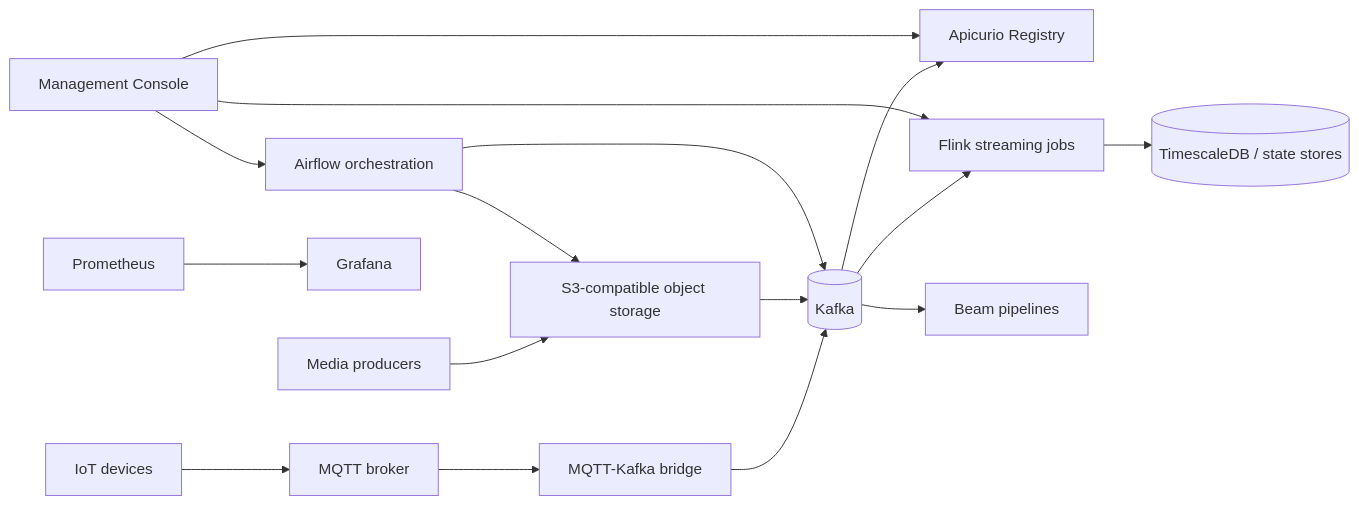
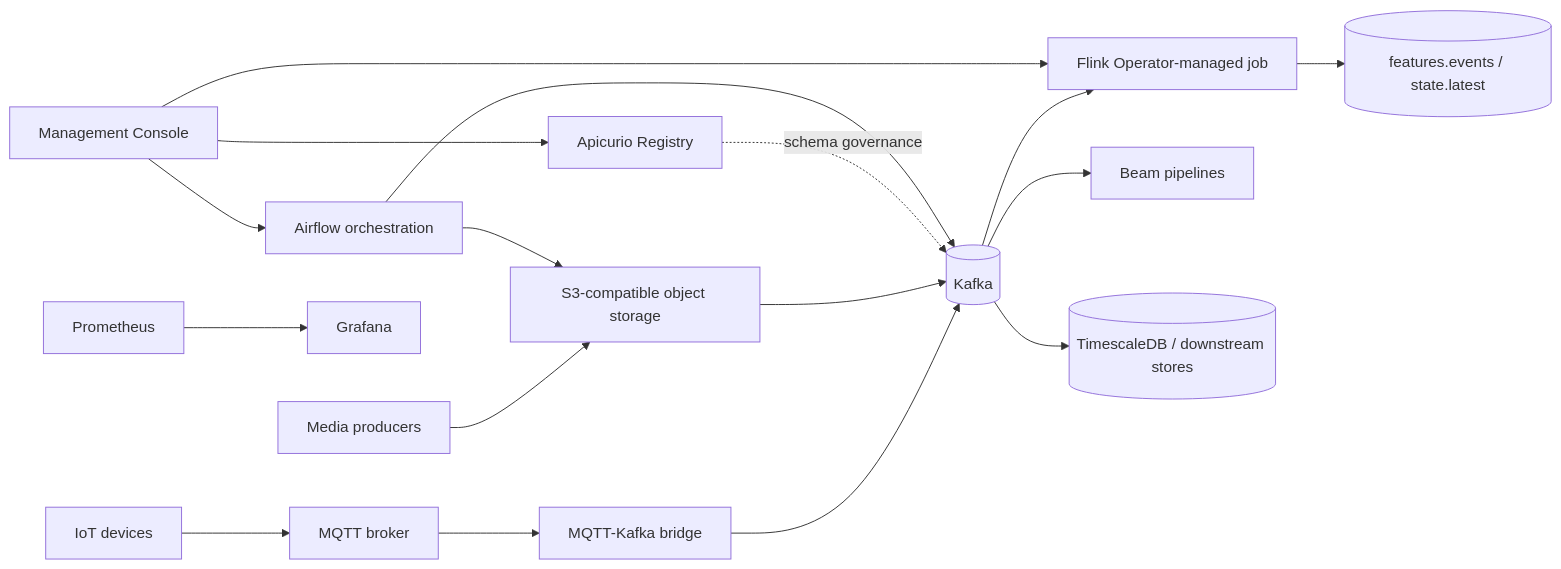
The diagram in README.md (Smartappli/DEALIoT), drawn with Mermaid before and after one commit. The commit also changed other lines of this file and 82 other files, not shown here.

````diff
--- a/README.md
+++ b/README.md
@@ -86,18 +86,19 @@
 ```mermaid
 flowchart LR
   Device[IoT devices] --> MQTT[MQTT broker]
   Media[Media producers] --> S3[S3-compatible object storage]
   MQTT --> Bridge[MQTT-Kafka bridge]
   Bridge --> Kafka[(Kafka)]
   S3 --> Kafka
-  Kafka --> Registry[Apicurio Registry]
-  Kafka --> Flink[Flink streaming jobs]
+  Registry[Apicurio Registry] -. schema governance .-> Kafka
+  Kafka --> Flink[Flink Operator-managed job]
+  Flink --> Derived[(features.events / state.latest)]
   Kafka --> Beam[Beam pipelines]
   Airflow[Airflow orchestration] --> S3
   Airflow --> Kafka
-  Flink --> State[(TimescaleDB / state stores)]
+  Kafka --> State[(TimescaleDB / downstream stores)]
   Prometheus[Prometheus] --> Grafana[Grafana]
   Console[Management Console] --> Airflow
   Console --> Registry
   Console --> Flink
 ```
````
